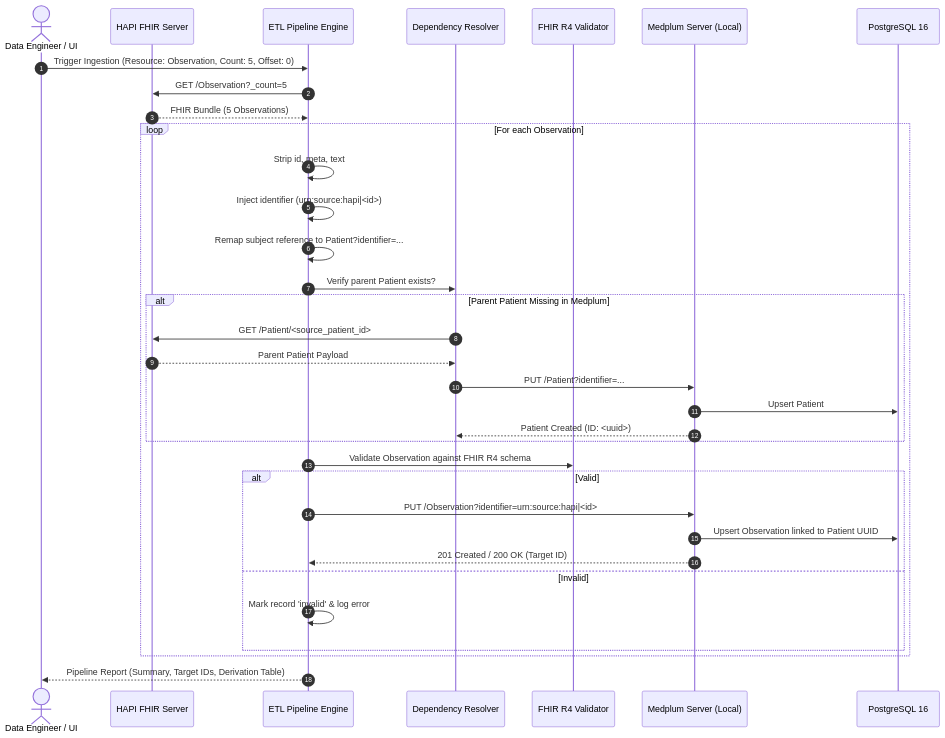
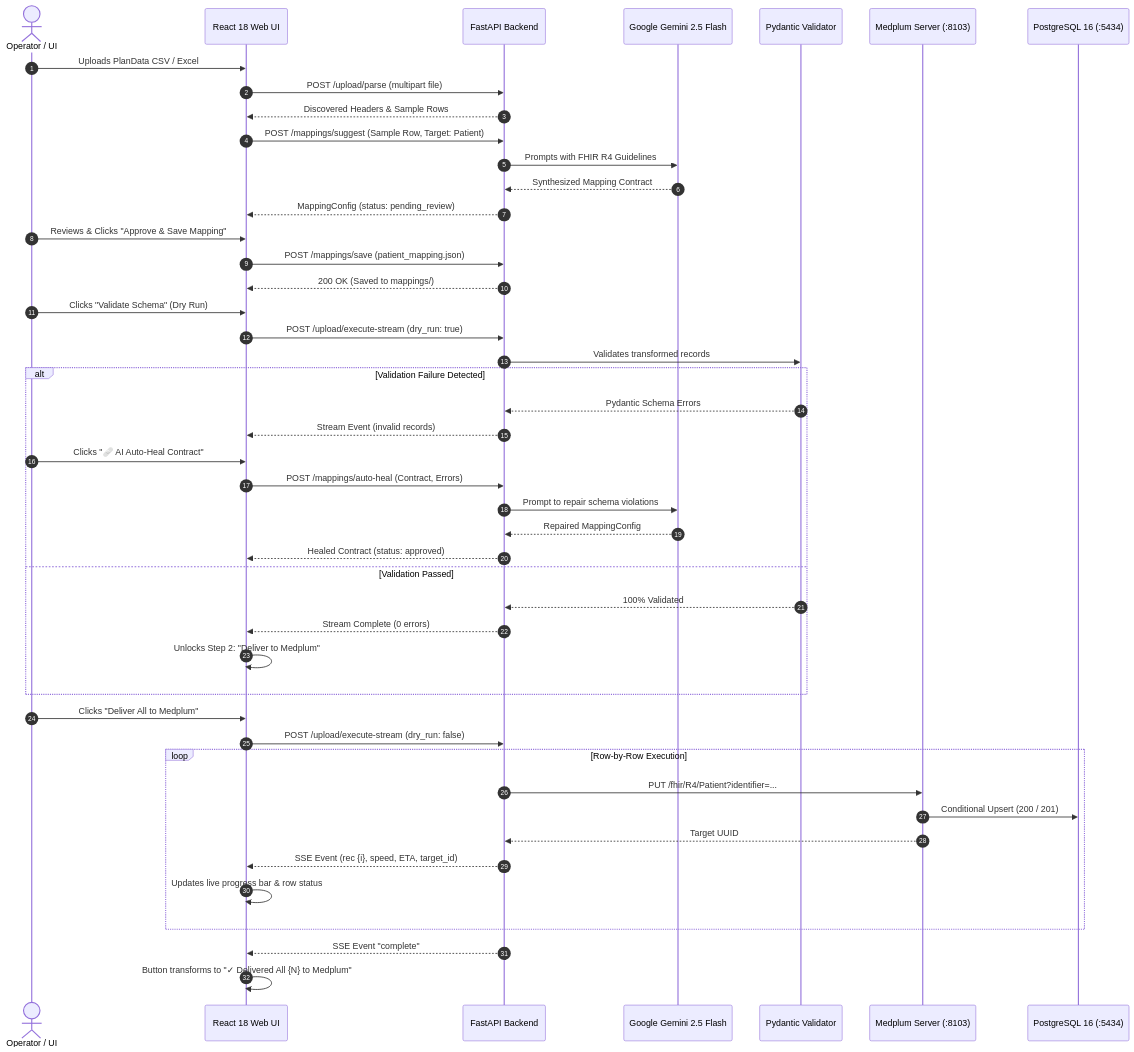
Before and after one commit to viveknitor/ai-healthcare-etl-platform: the third of 3 diagrams in docs/architecture.md, drawn with Mermaid. The commit also changed other lines of this file and 1 other file, not shown here.

Commit message:
docs: comprehensive update to architecture and user-guide covering multi-agent relay, SSE streaming, self-healing, and UI dashboard

````diff
--- a/docs/architecture.md
+++ b/docs/architecture.md
@@ -116,41 +152,53 @@
 ```mermaid
 sequenceDiagram
     autonumber
-    actor User as Data Engineer / UI
-    participant HAPI as HAPI FHIR Server
-    participant Pipeline as ETL Pipeline Engine
-    participant Resolver as Dependency Resolver
-    participant Validator as FHIR R4 Validator
-    participant Medplum as Medplum Server (Local)
-    participant DB as PostgreSQL 16
+    actor User as Operator / UI
+    participant UI as React 18 Web UI
+    participant API as FastAPI Backend
+    participant Gemini as Google Gemini 2.5 Flash
+    participant Validator as Pydantic Validator
+    participant Medplum as Medplum Server (:8103)
+    participant DB as PostgreSQL 16 (:5434)
 
-    User->>Pipeline: Trigger Ingestion (Resource: Observation, Count: 5, Offset: 0)
-    Pipeline->>HAPI: GET /Observation?_count=5
-    HAPI-->>Pipeline: FHIR Bundle (5 Observations)
+    User->>UI: Uploads PlanData CSV / Excel
+    UI->>API: POST /upload/parse (multipart file)
+    API-->>UI: Discovered Headers & Sample Rows
+    
+    UI->>API: POST /mappings/suggest (Sample Row, Target: Patient)
+    API->>Gemini: Prompts with FHIR R4 Guidelines
+    Gemini-->>API: Synthesized Mapping Contract
+    API-->>UI: MappingConfig (status: pending_review)
+    
+    User->>UI: Reviews & Clicks "Approve & Save Mapping"
+    UI->>API: POST /mappings/save (patient_mapping.json)
+    API-->>UI: 200 OK (Saved to mappings/)
 
-    loop For each Observation
-        Pipeline->>Pipeline: Strip id, meta, text
-        Pipeline->>Pipeline: Inject identifier (urn:source:hapi|<id>)
-        Pipeline->>Pipeline: Remap subject reference to Patient?identifier=...
-        
-        Pipeline->>Resolver: Verify parent Patient exists?
-        alt Parent Patient Missing in Medplum
-            Resolver->>HAPI: GET /Patient/<source_patient_id>
-            HAPI-->>Resolver: Parent Patient Payload
-            Resolver->>Medplum: PUT /Patient?identifier=...
-            Medplum->>DB: Upsert Patient
-            Medplum-->>Resolver: Patient Created (ID: <uuid>)
-        end
-
-        Pipeline->>Validator: Validate Observation against FHIR R4 schema
-        alt Valid
-            Pipeline->>Medplum: PUT /Observation?identifier=urn:source:hapi|<id>
-            Medplum->>DB: Upsert Observation linked to Patient UUID
-            Medplum-->>Pipeline: 201 Created / 200 OK (Target ID)
-        else Invalid
-            Pipeline->>Pipeline: Mark record 'invalid' & log error
-        end
+    User->>UI: Clicks "Validate Schema" (Dry Run)
+    UI->>API: POST /upload/execute-stream (dry_run: true)
+    API->>Validator: Validates transformed records
+    alt Validation Failure Detected
+        Validator-->>API: Pydantic Schema Errors
+        API-->>UI: Stream Event (invalid records)
+        User->>UI: Clicks "🩹 AI Auto-Heal Contract"
+        UI->>API: POST /mappings/auto-heal (Contract, Errors)
+        API->>Gemini: Prompt to repair schema violations
+        Gemini-->>API: Repaired MappingConfig
+        API-->>UI: Healed Contract (status: approved)
+    else Validation Passed
+        Validator-->>API: 100% Validated
+        API-->>UI: Stream Complete (0 errors)
+        UI->>UI: Unlocks Step 2: "Deliver to Medplum"
     end
 
-    Pipeline-->>User: Pipeline Report (Summary, Target IDs, Derivation Table)
+    User->>UI: Clicks "Deliver All to Medplum"
+    UI->>API: POST /upload/execute-stream (dry_run: false)
+    loop Row-by-Row Execution
+        API->>Medplum: PUT /fhir/R4/Patient?identifier=...
+        Medplum->>DB: Conditional Upsert (200 / 201)
+        Medplum-->>API: Target UUID
+        API-->>UI: SSE Event (rec {i}, speed, ETA, target_id)
+        UI->>UI: Updates live progress bar & row status
+    end
+    API-->>UI: SSE Event "complete"
+    UI->>UI: Button transforms to "✓ Delivered All {N} to Medplum"
 ```
````
